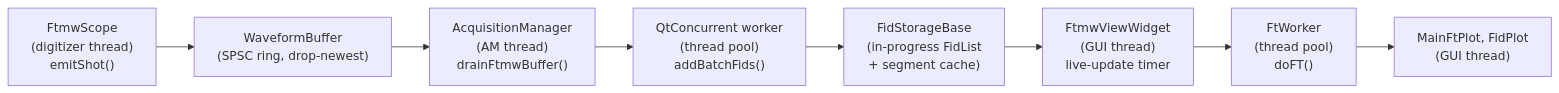
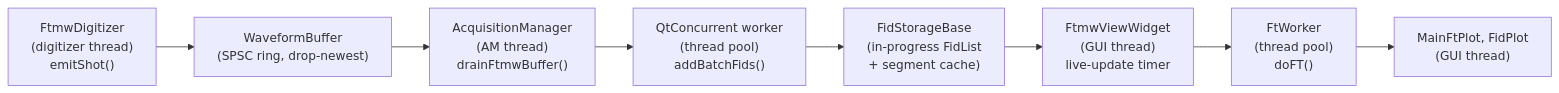
Before and after one commit to kncrabtree/blackchirp: the diagram in doc/source/developer_guide/ftmw_acquisition.rst, drawn with Mermaid. The commit also changed other lines of this file and 124 other files, not shown here.

First line of the commit message:
Rename FtmwScope/LifScope to FtmwDigitizer/LifDigitizer

```diff
--- a/doc/source/developer_guide/ftmw_acquisition.rst
+++ b/doc/source/developer_guide/ftmw_acquisition.rst
@@ -43,13 +43,13 @@
 .. mermaid::
 
    flowchart LR
-       A["FtmwScope<br/>(digitizer thread)<br/>emitShot()"]
+       A["FtmwDigitizer<br/>(digitizer thread)<br/>emitShot()"]
        B["WaveformBuffer<br/>(SPSC ring, drop-newest)"]
        C["AcquisitionManager<br/>(AM thread)<br/>drainFtmwBuffer()"]
        D["QtConcurrent worker<br/>(thread pool)<br/>addBatchFids()"]
        E["FidStorageBase<br/>(in-progress FidList<br/>+ segment cache)"]
        F["FtmwViewWidget<br/>(GUI thread)<br/>live-update timer"]
        G["FtWorker<br/>(thread pool)<br/>doFT()"]
        H["MainFtPlot, FidPlot<br/>(GUI thread)"]
        A --> B --> C --> D --> E
        E --> F --> G --> H
```
